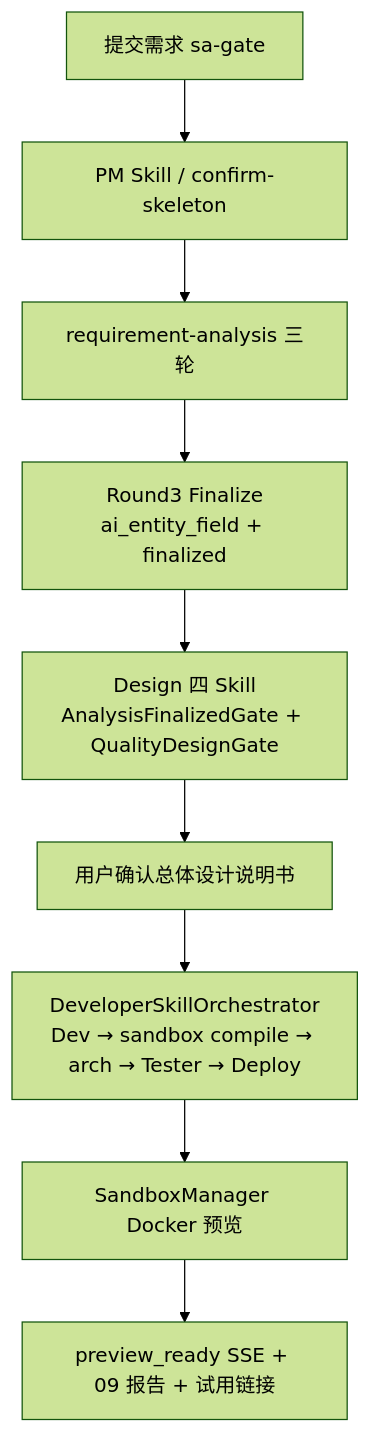
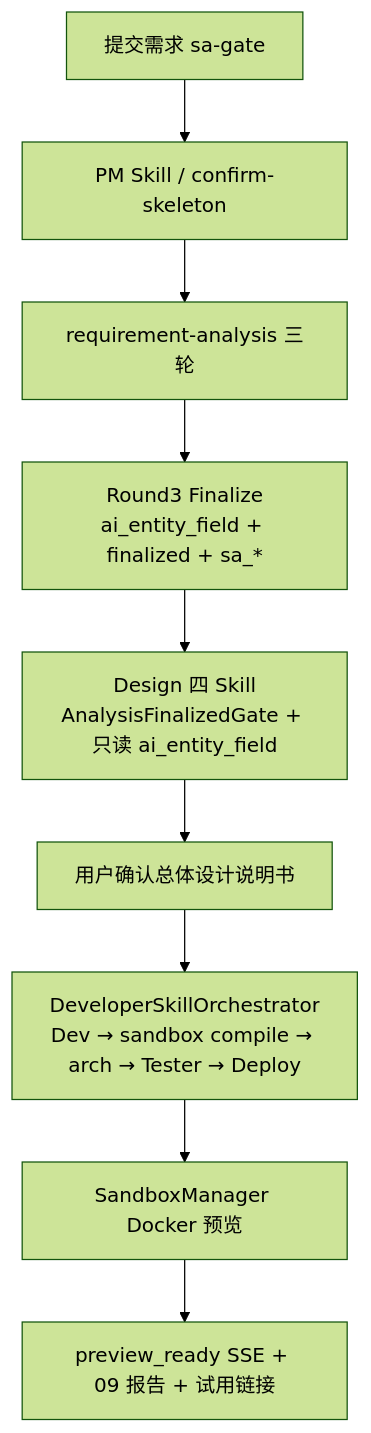
The fourth of 6 diagrams in docs/AI原生开发/1、多用户多任务并行/30、全链条冲刺开发计划（最后一公里）.md (DULASlee/jnpfv52), drawn with Mermaid (forest theme) before and after one commit. The commit also changed other lines of this file and 661 other files, not shown here.

````diff
--- a/docs/AI原生开发/1、多用户多任务并行/30、全链条冲刺开发计划（最后一公里）.md
+++ b/docs/AI原生开发/1、多用户多任务并行/30、全链条冲刺开发计划（最后一公里）.md
@@ -64,11 +465,11 @@
 ```mermaid
 flowchart TD
   A[提交需求 sa-gate] --> B[PM Skill / confirm-skeleton]
   B --> C[requirement-analysis 三轮]
-  C --> D[Round3 Finalize<br/>ai_entity_field + finalized]
-  D --> E[Design 四 Skill<br/>AnalysisFinalizedGate + QualityDesignGate]
+  C --> D[Round3 Finalize<br/>ai_entity_field + finalized + sa_*]
+  D --> E[Design 四 Skill<br/>AnalysisFinalizedGate + 只读 ai_entity_field]
   E --> F[用户确认总体设计说明书]
   F --> G[DeveloperSkillOrchestrator<br/>Dev → sandbox compile → arch → Tester → Deploy]
   G --> H[SandboxManager Docker 预览]
   H --> I[preview_ready SSE + 09 报告 + 试用链接]
 ```
````
